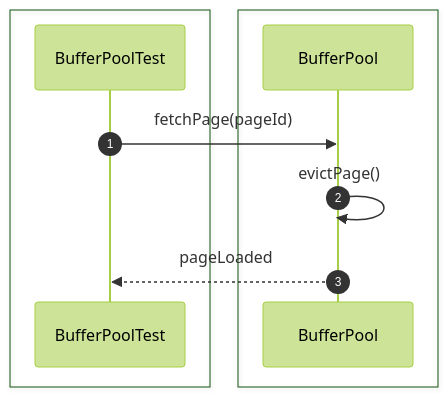
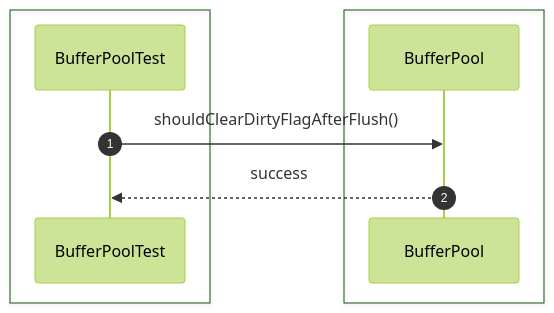
The eighth of 44 diagrams in src/sequence/storage-engine.md (Huy1801214/dbms-architecture), drawn with Mermaid (forest theme) before and after one commit. The commit also changed other lines of this file and 68 other files, not shown here.

Commit message:
implement comprehensive unit test suite and architectural sequence documentation

````diff
--- a/src/sequence/storage-engine.md
+++ b/src/sequence/storage-engine.md
@@ -133,15 +111,13 @@
 ```mermaid
 sequenceDiagram
     autonumber
-
     box #e1f5fe Test Suite
     participant Test as BufferPoolTest
     end
-    box #e0f2f1 Storage Components
-    participant Buffer as BufferPool
+    box #e0f2f1 BufferPool Component
+    participant BP as BufferPool
     end
 
-    Test->>Buffer: fetchPage(pageId)
-    Buffer->>Buffer: evictPage()
-    Buffer-->>Test: pageLoaded
+    Test->>BP: shouldClearDirtyFlagAfterFlush()
+    BP-->>Test: success
 ```
````
